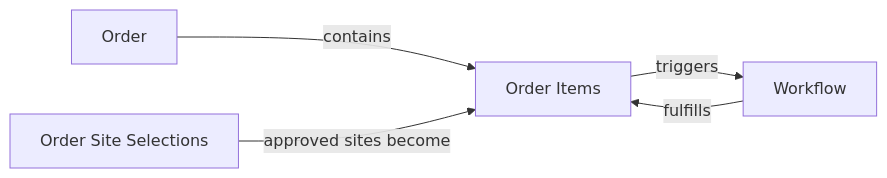
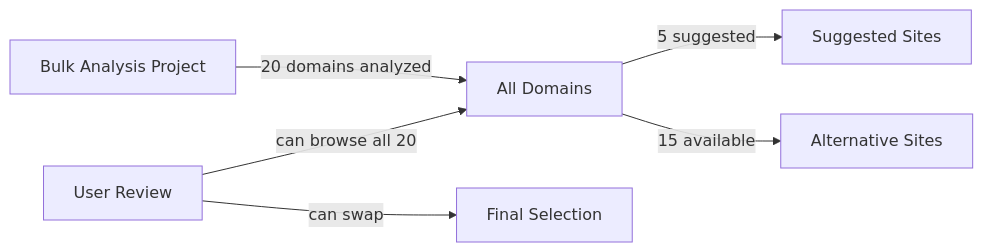
One commit to ajaypag/guest-post-workflow changed the second of 2 diagrams in docs/architecture/ORDER_SCHEMA_DESIGN.md. Above: the diagram before and after it, drawn with Mermaid. The commit also changed other lines of this file and 2 other files, not shown here.

First line of the commit message:
feat: Revise architecture for multi-client orders and flexible site review

````diff
--- a/docs/architecture/ORDER_SCHEMA_DESIGN.md
+++ b/docs/architecture/ORDER_SCHEMA_DESIGN.md
@@ -94,7 +121,8 @@
 ```mermaid
 graph LR
-    O[Order] -->|contains| OI[Order Items]
-    OSS[Order Site Selections] -->|approved sites become| OI
-    OI -->|triggers| W[Workflow]
-    W -->|fulfills| OI
+    BAP[Bulk Analysis Project] -->|20 domains analyzed| BAD[All Domains]
+    BAD -->|5 suggested| OSS1[Suggested Sites]
+    BAD -->|15 available| OSS2[Alternative Sites]
+    U[User Review] -->|can browse all 20| BAD
+    U -->|can swap| OSS3[Final Selection]
 ```
````
